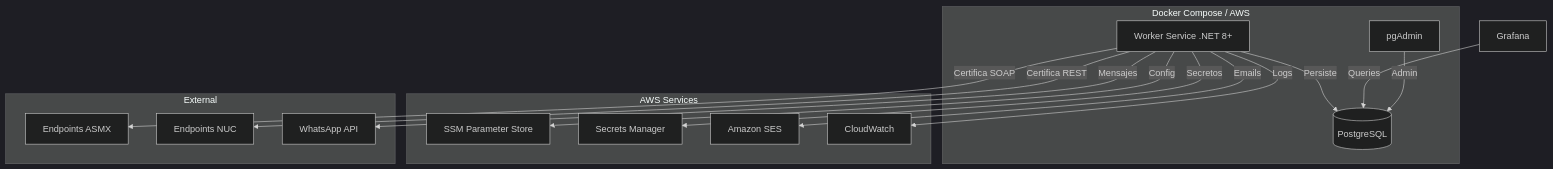
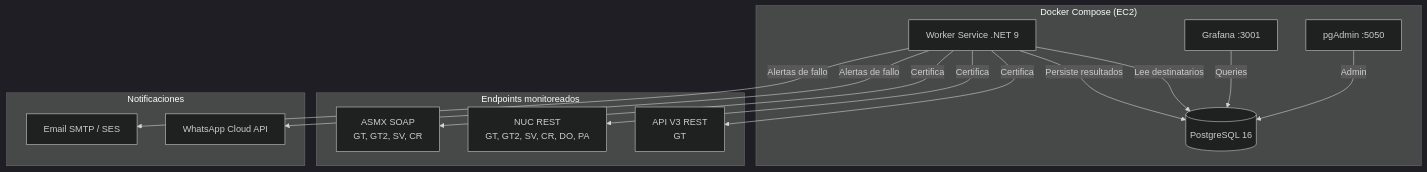
One commit to alehernandezdf/RegionalCertMonitor changed the diagram in README.md. Above: the diagram before and after it, drawn with Mermaid (dark theme). The commit also changed other lines of this file, not shown here.

Commit message:
[AHL][BE-672] docs - README actualizado: estructura real, templates_xml_json, destinatarios en BD, matriz de paises

````diff
--- a/README.md
+++ b/README.md
@@ -40,34 +41,30 @@
 ```mermaid
 graph TB
-    subgraph "Docker Compose / AWS"
-        WS[Worker Service .NET 8+]
-        PG[(PostgreSQL)]
-        PGA[pgAdmin]
+    subgraph "Docker Compose (EC2)"
+        WS[Worker Service .NET 9]
+        PG[(PostgreSQL 16)]
+        GF[Grafana :3001]
+        PGA[pgAdmin :5050]
     end
 
-    subgraph "AWS Services"
-        SSM[SSM Parameter Store]
-        SM[Secrets Manager]
-        SES[Amazon SES]
-        CW[CloudWatch]
+    subgraph "Endpoints monitoreados"
+        ASMX[ASMX SOAP<br/>GT, GT2, SV, CR]
+        NUC[NUC REST<br/>GT, GT2, SV, CR, DO, PA]
+        API[API V3 REST<br/>GT]
     end
 
-    subgraph "External"
-        ASMX[Endpoints ASMX]
-        NUC[Endpoints NUC]
-        WA[WhatsApp API]
+    subgraph "Notificaciones"
+        SES[Email SMTP / SES]
+        WA[WhatsApp Cloud API]
     end
 
-    GF[Grafana]
-
-    WS -->|Certifica SOAP| ASMX
-    WS -->|Certifica REST| NUC
-    WS -->|Persiste| PG
-    WS -->|Config| SSM
-    WS -->|Secretos| SM
-    WS -->|Emails| SES
-    WS -->|Mensajes| WA
-    WS -->|Logs| CW
+    WS -->|Certifica| ASMX
+    WS -->|Certifica| NUC
+    WS -->|Certifica| API
+    WS -->|Persiste resultados| PG
+    WS -->|Alertas de fallo| SES
+    WS -->|Alertas de fallo| WA
+    WS -->|Lee destinatarios| PG
     GF -->|Queries| PG
     PGA -->|Admin| PG
 ```
````
